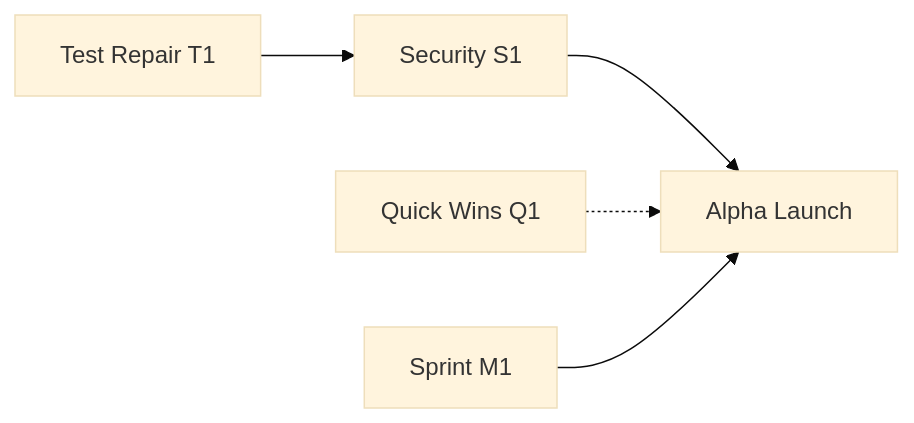
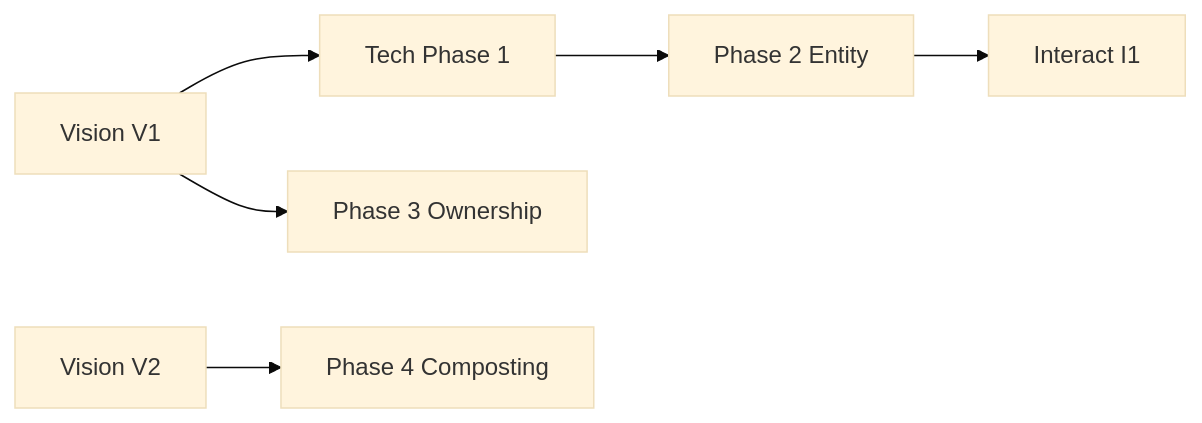
One commit to Ted-Nadeau/piper-morgan-product changed the diagram in docs/internal/planning/roadmap/roadmap.md. Above: the diagram before and after it, drawn with Mermaid (base theme). The commit also changed other lines of this file and 5 other files, not shown here.

````diff
--- a/docs/internal/planning/roadmap/roadmap.md
+++ b/docs/internal/planning/roadmap/roadmap.md
@@ -89,7 +151,8 @@
 ```mermaid
 graph LR
-    T1[Test Repair T1] --> S1[Security S1]
-    S1 --> ALPHA[Alpha Launch]
-    Q1[Quick Wins Q1] -.-> ALPHA
-    M1[Sprint M1] --> ALPHA
+    V1[Vision V1] --> X1[Tech Phase 1]
+    X1 --> X2E[Phase 2 Entity]
+    V1 --> X1O[Phase 3 Ownership]
+    V2[Vision V2] --> X2C[Phase 4 Composting]
+    X2E --> I1[Interact I1]
 ```
````
